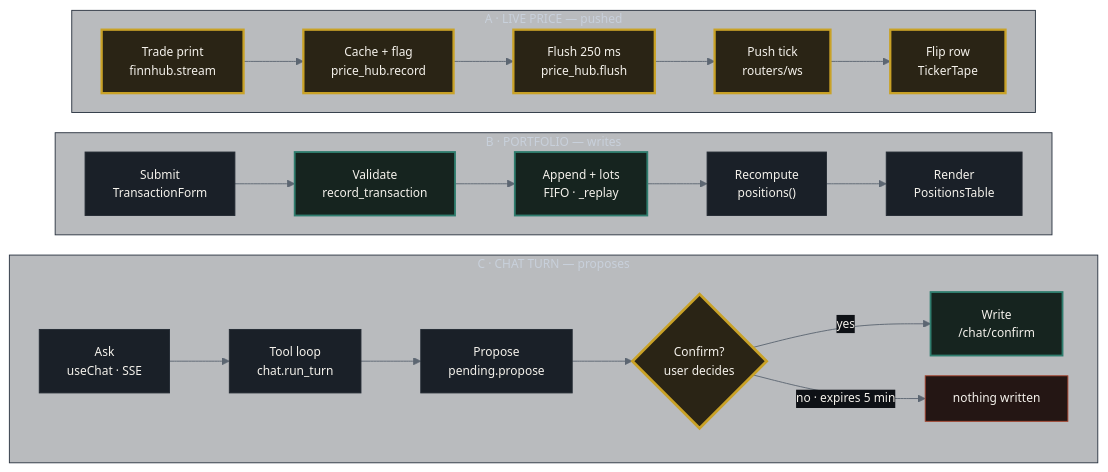
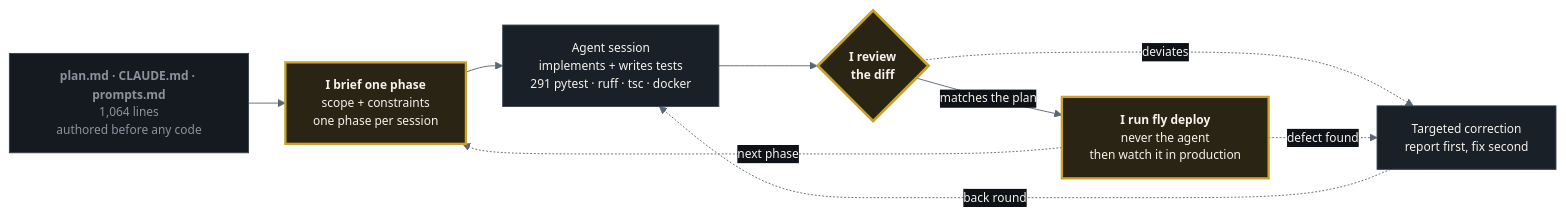
One commit to IHoKo/Quarto_Presentation changed the second of 3 diagrams in ticker.qmd. Above: the diagram before and after it, drawn with Mermaid. The commit also changed other lines of this file and 1 other file, not shown here.

````diff
--- a/ticker.qmd
+++ b/ticker.qmd
@@ -431,44 +664,36 @@
 ```{mermaid}
 %%{init: {'theme':'base',
   'fontFamily':'Instrument Sans, ui-sans-serif, system-ui, sans-serif',
   'flowchart':{'htmlLabels':true,'useMaxWidth':true,'curve':'basis','nodeSpacing':22,'rankSpacing':40},
   'themeVariables':{
   'background':'#0e1116','primaryColor':'#1a2028','primaryTextColor':'#f5f2ec',
   'primaryBorderColor':'#232a33','lineColor':'#5c6672','fontSize':'13px',
   'clusterBkg':'rgba(26,32,40,0.3)','clusterBorder':'#2b3441',
   'edgeLabelBackground':'#0e1116'}}}%%
 flowchart LR
-%% Declared C, B, A on purpose: dagre stacks disconnected components in
-%% reverse, so this is what puts track A at the top of the slide.
-  subgraph C["C · CHAT TURN — proposes"]
-    direction LR
-    C1["Ask<br/>useChat · SSE"] --> C2["Tool loop<br/>chat.run_turn"]
-    C2 --> C3["Propose<br/>pending.propose"]
-    C3 --> GATE{"Confirm?<br/>user decides"}
-    GATE -->|"yes"| C4["Write<br/>/chat/confirm"]
-    GATE -->|"no · expires 5 min"| X["nothing written"]
-  end
+%% Five ranks, three lines of label per node. A longer LR chain renders as an
+%% unreadable strip; stacked LR subgraphs render too tall because mermaid
+%% ignores subgraph `direction` once the subgraph has external edges.
+  SPEC["<b>plan.md · CLAUDE.md · prompts.md</b><br/>1,064 lines<br/>authored before any code"]
+  BRIEF["<b>I brief one phase</b><br/>scope + constraints<br/>one phase per session"]
+  AGENT["Agent session<br/>implements + writes tests<br/>291 pytest · ruff · tsc · docker"]
+  REVIEW{"<b>I review<br/>the diff</b>"}
+  SHIP["<b>I run fly deploy</b><br/>never the agent<br/>then watch it in production"]
+  FIX["Targeted correction<br/>report first, fix second"]
 
-  subgraph B["B · PORTFOLIO — writes"]
-    direction LR
-    B1["Submit<br/>TransactionForm"] --> B2["Validate<br/>record_transaction"]
-    B2 --> B3["Append + lots<br/>FIFO · _replay"]
-    B3 --> B4["Recompute<br/>positions()"] --> B5["Render<br/>PositionsTable"]
-  end
+  SPEC --> BRIEF --> AGENT --> REVIEW
+  REVIEW -->|"matches the plan"| SHIP
+  REVIEW -. "deviates" .-> FIX
+  FIX -. "back round" .-> AGENT
+  SHIP -. "next phase" .-> BRIEF
+  SHIP -. "defect found" .-> FIX
 
-  subgraph A["A · LIVE PRICE — pushed"]
-    direction LR
-    A1["Trade print<br/>finnhub.stream"] --> A2["Cache + flag<br/>price_hub.record"]
-    A2 --> A3["Flush 250 ms<br/>price_hub.flush"]
-    A3 --> A4["Push tick<br/>routers/ws"] --> A5["Flip row<br/>TickerTape"]
-  end
-
-  classDef gold  fill:#2a2415,stroke:#c9a227,stroke-width:2.5px,color:#f5f2ec
-  classDef write fill:#16241f,stroke:#2f7d6e,stroke-width:2px,color:#f5f2ec
+  classDef spec  fill:#151a21,stroke:#3a424c,color:#8b929c
+  classDef human fill:#2a2415,stroke:#c9a227,stroke-width:2.5px,color:#f5f2ec
+  classDef agent fill:#1a2028,stroke:#39424e,color:#f5f2ec
   classDef gate  fill:#2a2415,stroke:#c9a227,stroke-width:3px,color:#f5f2ec
-  classDef dead  fill:#241614,stroke:#a8442f,color:#f5f2ec
-  class A1,A2,A3,A4,A5 gold
-  class B2,B3,C4 write
-  class GATE gate
-  class X dead
+  class SPEC spec
+  class BRIEF,SHIP human
+  class AGENT,FIX agent
+  class REVIEW gate
 ```
````
